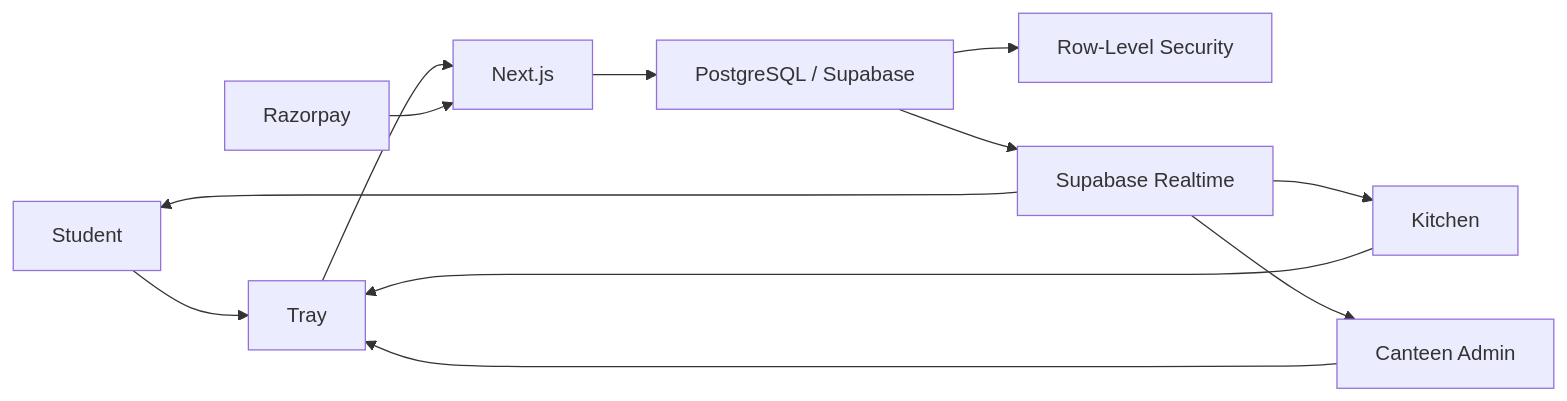
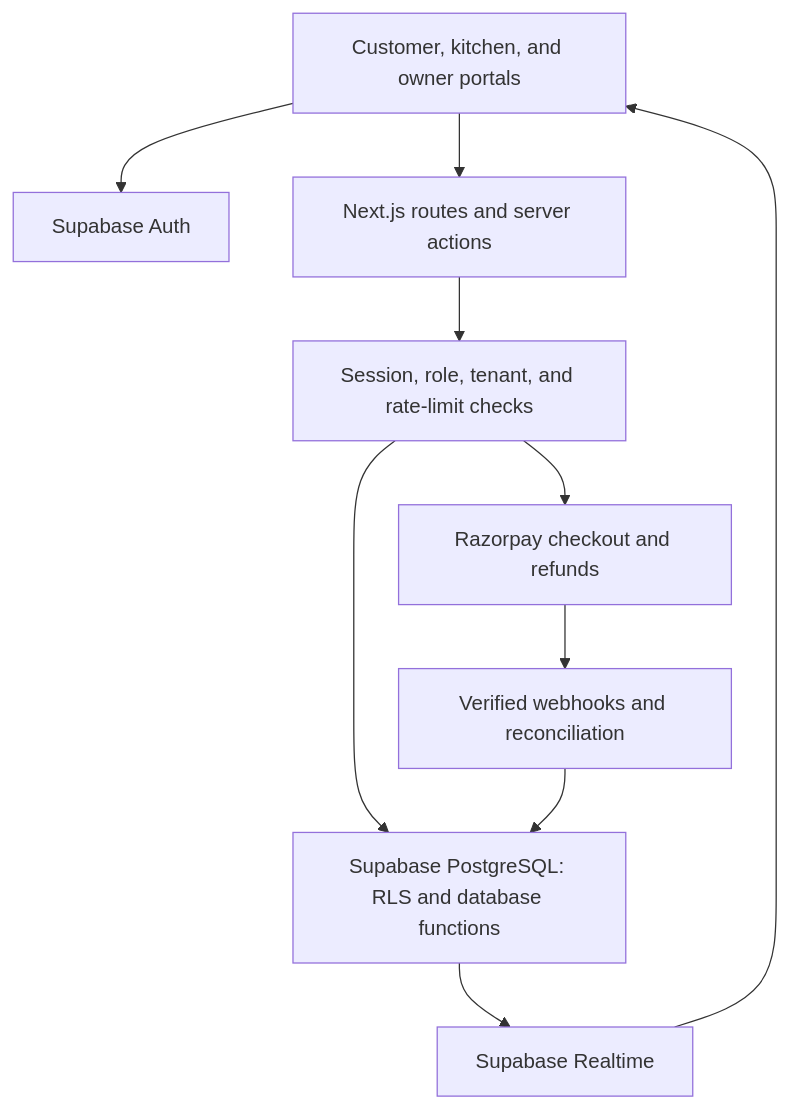
The diagram in README.md (thribhuvan003/tray), drawn with Mermaid before and after one commit. The commit also changed other lines of this file and 1 other file, not shown here.

````diff
--- a/README.md
+++ b/README.md
@@ -47,18 +47,12 @@
 ```mermaid
-flowchart LR
-    Student["Student"] --> App["Tray"]
-    Kitchen["Kitchen"] --> App
-    Admin["Canteen Admin"] --> App
-
-    App --> Next["Next.js"]
-    Next --> DB["PostgreSQL / Supabase"]
-
-    DB --> RLS["Row-Level Security"]
-    DB --> Realtime["Supabase Realtime"]
-
-    Razorpay["Razorpay"] --> Next
-
-    Realtime --> Student
-    Realtime --> Kitchen
-    Realtime --> Admin
+flowchart TD
+  Portals["Customer, kitchen, and owner portals"] --> Auth["Supabase Auth"]
+  Portals --> App["Next.js routes and server actions"]
+  App --> Checks["Session, role, tenant, and rate-limit checks"]
+  Checks --> DB["Supabase PostgreSQL: RLS and database functions"]
+  Checks --> Gateway["Razorpay checkout and refunds"]
+  Gateway --> Hooks["Verified webhooks and reconciliation"]
+  Hooks --> DB
+  DB --> Realtime["Supabase Realtime"]
+  Realtime --> Portals
 ```
````
